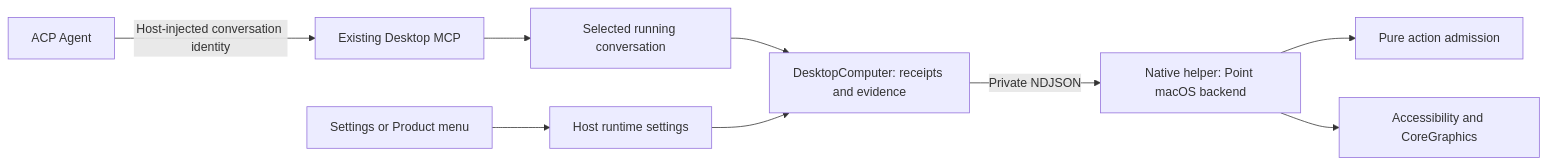
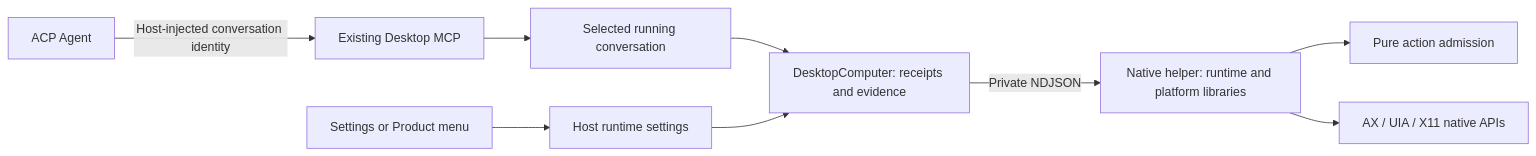
Before and after one commit to 1339190177/pero: the diagram in docs/adr/0016-computer-use-contract.md, drawn with Mermaid. The commit also changed other lines of this file and 8 other files, not shown here.

````diff
--- a/docs/adr/0016-computer-use-contract.md
+++ b/docs/adr/0016-computer-use-contract.md
@@ -106,11 +136,11 @@
 ```mermaid
 flowchart LR
   Agent[ACP Agent] -->|Host-injected conversation identity| MCP[Existing Desktop MCP]
   MCP --> Authority[Selected running conversation]
   Authority --> Desktop[DesktopComputer: receipts and evidence]
-  Desktop -->|Private NDJSON| Native[Native helper: Point macOS backend]
+  Desktop -->|Private NDJSON| Native[Native helper: runtime and platform libraries]
   Native --> Core[Pure action admission]
-  Native --> OS[Accessibility and CoreGraphics]
+  Native --> OS[AX / UIA / X11 native APIs]
   Settings[Settings or Product menu] --> Host[Host runtime settings]
   Host --> Desktop
 ```
````
